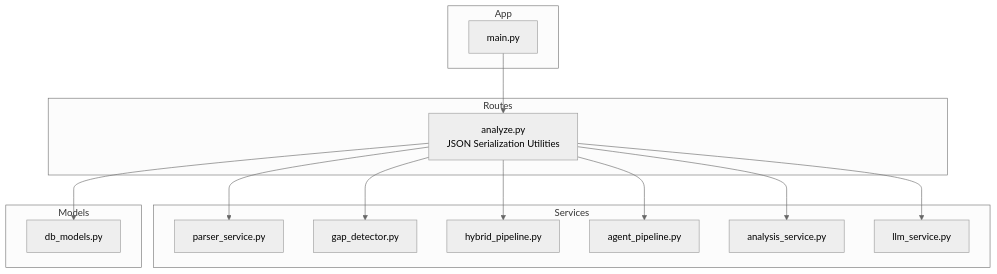
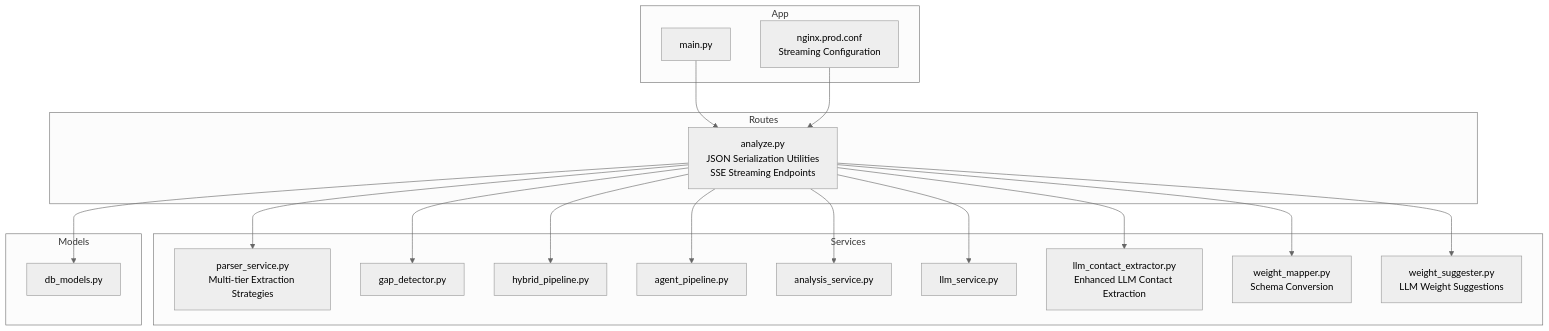
One commit to Revanththetalogics/aireume changed the first of 17 diagrams in .qoder/repowiki/en/content/Analysis Engine/Analysis Engine.md. Above: the diagram before and after it, drawn with Mermaid (neutral theme). The commit also changed other lines of this file and 20 other files, not shown here.

````diff
--- a/.qoder/repowiki/en/content/Analysis Engine/Analysis Engine.md
+++ b/.qoder/repowiki/en/content/Analysis Engine/Analysis Engine.md
@@ -54,28 +61,36 @@
 ```mermaid
 graph TB
 subgraph "Routes"
-A["analyze.py<br/>JSON Serialization Utilities"]
+A["analyze.py<br/>JSON Serialization Utilities<br/>SSE Streaming Endpoints"]
 end
 subgraph "Services"
-B["parser_service.py"]
+B["parser_service.py<br/>Multi-tier Extraction Strategies"]
 C["gap_detector.py"]
 D["hybrid_pipeline.py"]
 E["agent_pipeline.py"]
 F["analysis_service.py"]
 G["llm_service.py"]
+H["llm_contact_extractor.py<br/>Enhanced LLM Contact Extraction"]
+I["weight_mapper.py<br/>Schema Conversion"]
+J["weight_suggester.py<br/>LLM Weight Suggestions"]
 end
 subgraph "Models"
-H["db_models.py"]
+K["db_models.py"]
 end
 subgraph "App"
-I["main.py"]
+L["main.py"]
+M["nginx.prod.conf<br/>Streaming Configuration"]
 end
 A --> B
 A --> C
 A --> D
 A --> E
 A --> F
 A --> G
 A --> H
-I --> A
+A --> I
+A --> J
+A --> K
+L --> A
+M --> A
 ```
````
